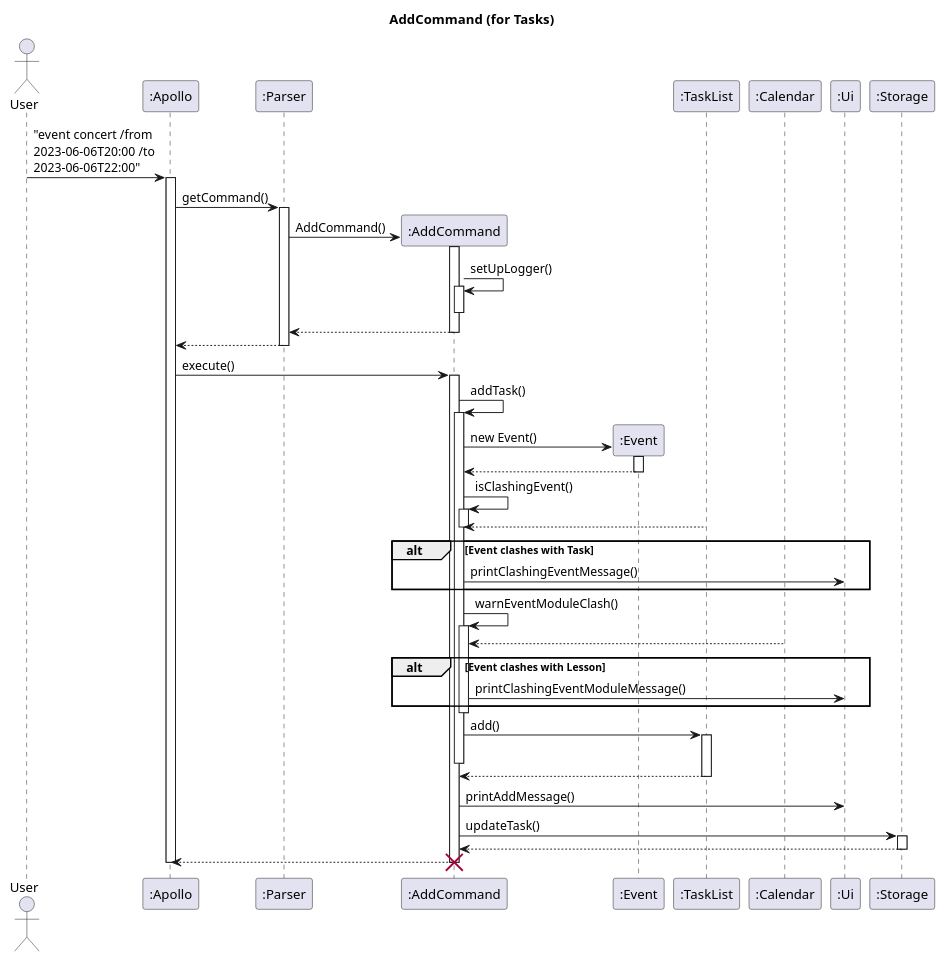
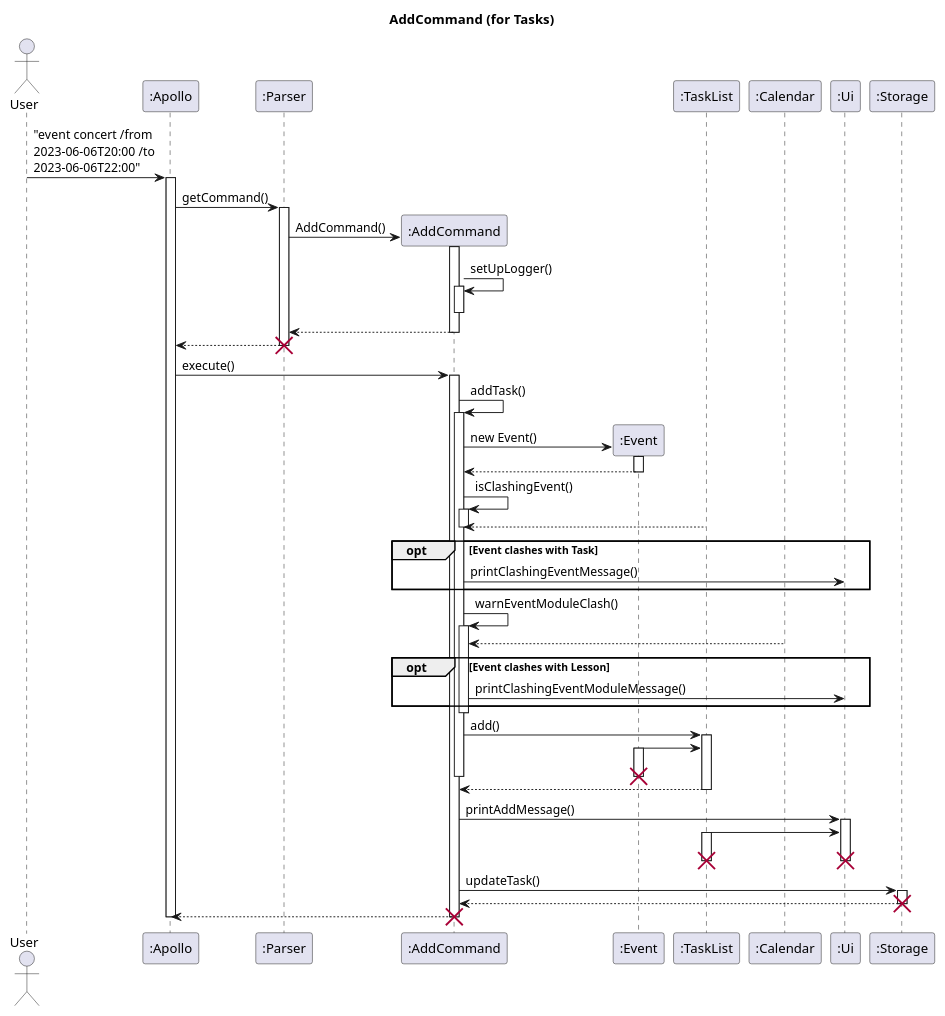
Before and after one commit to nus-cs2113-AY2223S2/tp: the diagram in docs/uml-source/sequence/AddCommand.puml, drawn with PlantUML. The commit also changed 1 other file, not shown here.

Commit message:
Fix AddCommand seq diagram

```diff
--- a/docs/uml-source/sequence/AddCommand.puml
+++ b/docs/uml-source/sequence/AddCommand.puml
@@ -1,57 +1,67 @@
 @startuml
 'https://plantuml.com/sequence-diagram
 
 skinparam maxMessageSize 150
 
 title AddCommand (for Tasks)
 
 actor User
 participant ":Apollo" as Apollo
 participant ":Parser" as Parser
 participant ":AddCommand" as add
 participant ":Event" as Event
 participant ":TaskList" as TaskList
 participant ":Calendar" as Calendar
 participant ":Ui" as Ui
 participant ":Storage" as Storage
 
 User -> Apollo : "event concert /from 2023-06-06T20:00 /to 2023-06-06T22:00"
 activate Apollo
 Apollo -> Parser : getCommand()
 activate Parser
 Parser -> add** : AddCommand()
 add++
 add -> add ++ : setUpLogger()
 add--
 return
 return
+destroy Parser
 
 Apollo -> add : execute()
 activate add
 add -> add++ : addTask()
 add -> Event** : new Event()
 Event++
 return
 add -> add++ : isClashingEvent()
 TaskList --> add
 add--
-alt Event clashes with Task
+opt Event clashes with Task
 add -> Ui : printClashingEventMessage()
 end
 add -> add++ : warnEventModuleClash()
 Calendar --> add
-alt Event clashes with Lesson
+opt Event clashes with Lesson
 add -> Ui : printClashingEventModuleMessage()
 end
 add--
 add -> TaskList++ : add()
+Event -> TaskList
+Event++
+destroy Event
 add--
 add <-- TaskList--
 
-add -> Ui : printAddMessage()
+
+add -> Ui++ : printAddMessage()
+TaskList -> Ui
+TaskList++
+destroy TaskList
+destroy Ui
 add -> Storage ++ : updateTask()
 return
-return
+destroy Storage
+add --> Apollo
 destroy add
 Apollo--
 @enduml
```
